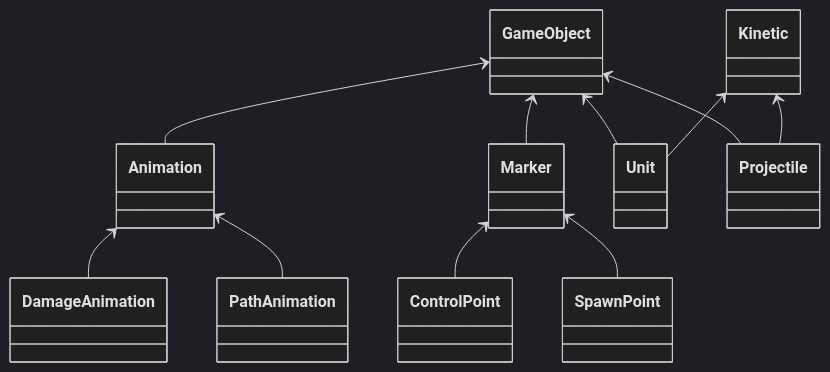
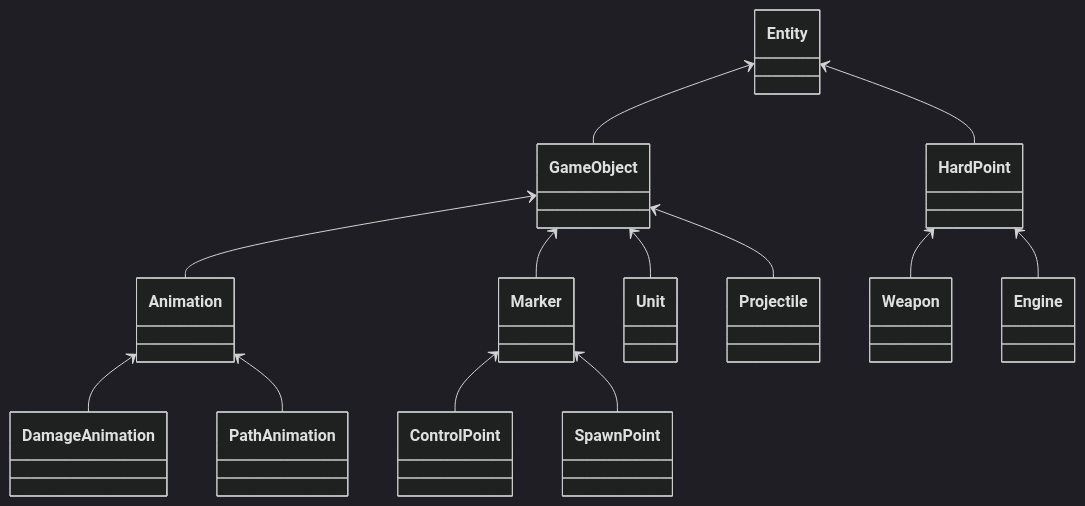
The diagram in README.md (Kiyotoko/nemesis), drawn with Mermaid (dark theme) before and after one commit. The commit also changed 11 other files, not shown here.

````diff
--- a/README.md
+++ b/README.md
@@ -7,13 +7,15 @@
 ```mermaid
 classDiagram
+    Entity <-- GameObject
     GameObject <-- Animation
     Animation <-- DamageAnimation
     Animation <-- PathAnimation
     GameObject <-- Marker
     Marker <-- ControlPoint
     Marker <-- SpawnPoint
     GameObject <-- Unit
     GameObject <-- Projectile
-    Kinetic <-- Unit
-    Kinetic <-- Projectile
+    Entity <-- HardPoint
+    HardPoint <-- Weapon
+    HardPoint <-- Engine
 ```
````
